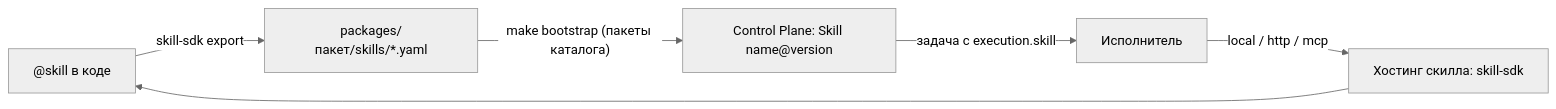
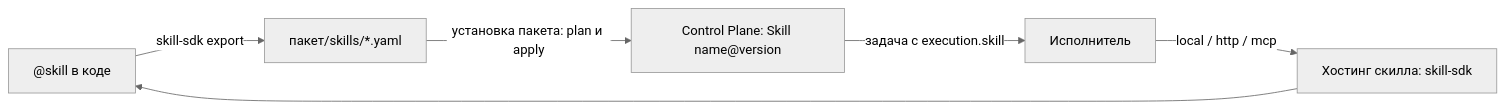
The diagram in guide/docs/sdk/skill-sdk.ru.md (monthu56/taimen), drawn with Mermaid (neutral theme) before and after one commit. The commit also changed other lines of this file and 112 other files, not shown here.

````diff
--- a/guide/docs/sdk/skill-sdk.ru.md
+++ b/guide/docs/sdk/skill-sdk.ru.md
@@ -23,8 +25,8 @@
 ```mermaid
 flowchart LR
-    Code["@skill в коде"] -->|"skill-sdk export"| Y["packages/пакет/skills/*.yaml"]
-    Y -->|"make bootstrap (пакеты каталога)"| CP[Control Plane: Skill name@version]
+    Code["@skill в коде"] -->|"skill-sdk export"| Y["пакет/skills/*.yaml"]
+    Y -->|"установка пакета: plan и apply"| CP[Control Plane: Skill name@version]
     CP -->|задача с execution.skill| R[Исполнитель]
     R -->|local / http / mcp| H[Хостинг скилла: skill-sdk]
     H --> Code
 ```
````
